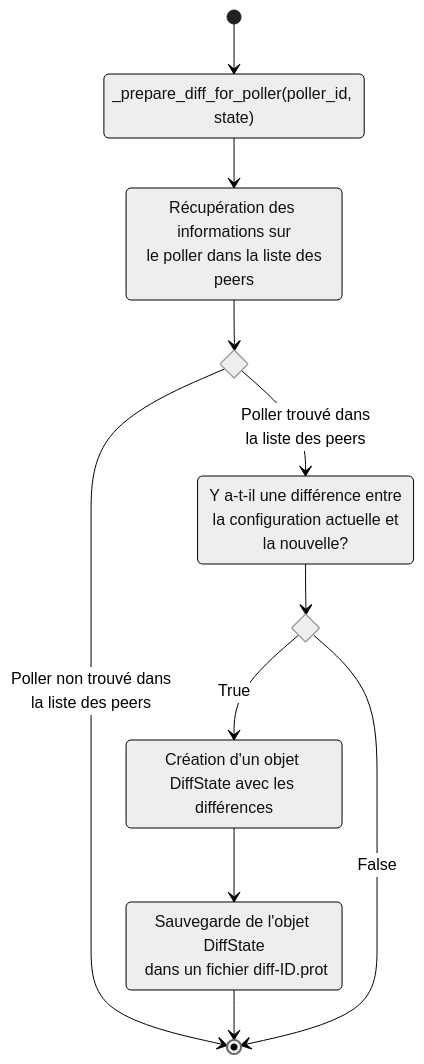
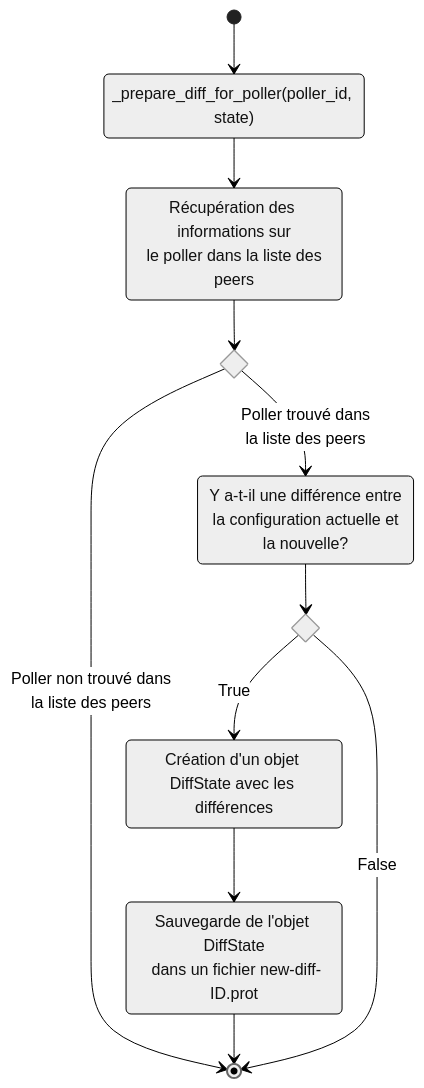
Before and after one commit to centreon/centreon-collect: the fifth of 13 diagrams in doc/nego-engine-broker/02-configuration-delivery-fr.md, drawn with Mermaid (neutral theme). The commit also changed other lines of this file and 7 other files, not shown here.

````diff
--- a/doc/nego-engine-broker/02-configuration-delivery-fr.md
+++ b/doc/nego-engine-broker/02-configuration-delivery-fr.md
@@ -345,20 +328,20 @@
 ```mermaid
 stateDiagram-v2
     prepare_diff_poller: _prepare_diff_for_poller(poller_id, state)
     [*] --> prepare_diff_poller
     recup_poller_in_peers: Récupération des informations sur<br/> le poller dans la liste des peers
     state si_pas_trouve <<choice>>
     recup_poller_in_peers --> si_pas_trouve
     prepare_diff_poller --> recup_poller_in_peers
     si_pas_trouve --> [*]: Poller non trouvé dans<br/> la liste des peers
     comparaison: Y a-t-il une différence entre<br/> la configuration actuelle et la nouvelle?
     si_pas_trouve --> comparaison: Poller trouvé dans<br/> la liste des peers
     state si_differe <<choice>>
     comparaison --> si_differe
     create_diff: Création d'un objet DiffState avec les différences
     si_differe --> create_diff: True
-    sauv_diff: Sauvegarde de l'objet DiffState<br/> dans un fichier diff-ID.prot
+    sauv_diff: Sauvegarde de l'objet DiffState<br/> dans un fichier new-diff-ID.prot
     create_diff --> sauv_diff
     sauv_diff --> [*]
     si_differe --> [*]: False
 ```
````
